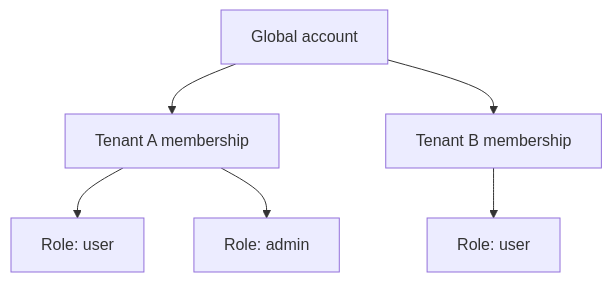
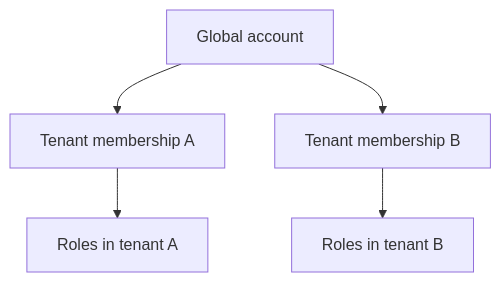
The first of 3 diagrams in frontend/content/projects/multitenant-user-management.md (farismnrr/portofolio), drawn with Mermaid before and after one commit. The commit also changed other lines of this file and 6 other files, not shown here.

````diff
--- a/frontend/content/projects/multitenant-user-management.md
+++ b/frontend/content/projects/multitenant-user-management.md
@@ -66,8 +59,7 @@
 ```mermaid
 flowchart TD
-    A[Global account] --> T1[Tenant A membership]
-    A --> T2[Tenant B membership]
-    T1 --> R1[Role: user]
-    T1 --> R2[Role: admin]
-    T2 --> R3[Role: user]
+    A[Global account] --> T1[Tenant membership A]
+    A --> T2[Tenant membership B]
+    T1 --> R1[Roles in tenant A]
+    T2 --> R2[Roles in tenant B]
 ```
````
